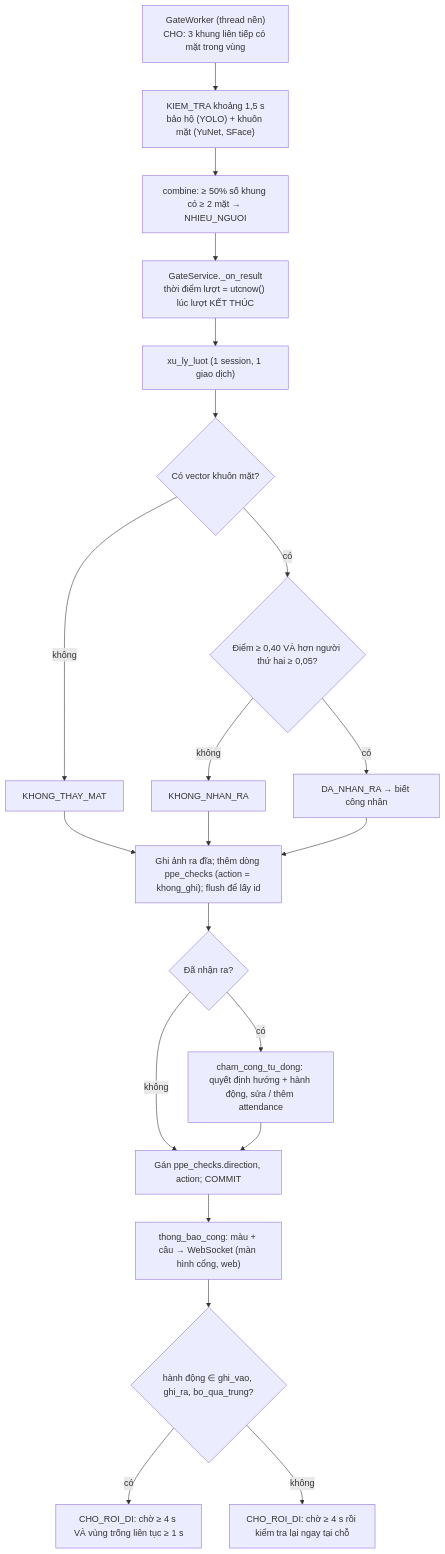
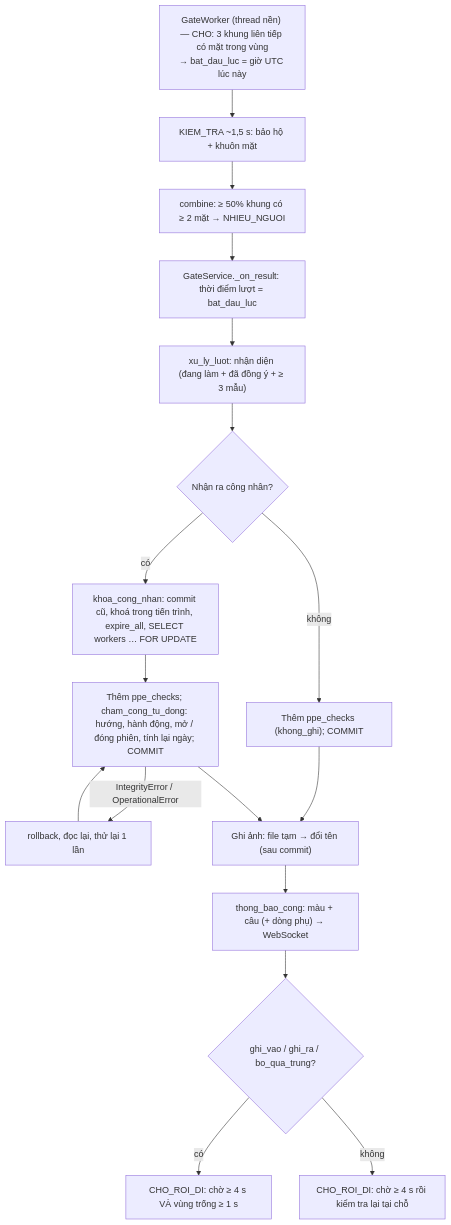
One commit to mihducho/SafeSite-AI changed the diagram in docs/LOGIC_CHAM_CONG.md. Above: the diagram before and after it, drawn with Mermaid. The commit also changed other lines of this file and 7 other files, not shown here.

First line of the commit message:
Cham cong v2: chep gio ca vao dong cong, Viec can xu ly bo ngay nghi viec, kich ban 34 + tai lieu theo code moi

````diff
--- a/docs/LOGIC_CHAM_CONG.md
+++ b/docs/LOGIC_CHAM_CONG.md
@@ -38,23 +58,19 @@
 ```mermaid
 flowchart TD
-  A["GateWorker (thread nền)<br/>CHO: 3 khung liên tiếp có mặt trong vùng"] --> B["KIEM_TRA khoảng 1,5 s<br/>bảo hộ (YOLO) + khuôn mặt (YuNet, SFace)"]
-  B --> C["combine: ≥ 50% số khung có ≥ 2 mặt → NHIEU_NGUOI"]
-  C --> D["GateService._on_result<br/>thời điểm lượt = utcnow() lúc lượt KẾT THÚC"]
-  D --> E["xu_ly_luot (1 session, 1 giao dịch)"]
-  E --> F{"Có vector khuôn mặt?"}
-  F -- không --> G["KHONG_THAY_MAT"]
-  F -- có --> H{"Điểm ≥ 0,40 VÀ hơn người thứ hai ≥ 0,05?"}
-  H -- không --> I["KHONG_NHAN_RA"]
-  H -- có --> J["DA_NHAN_RA → biết công nhân"]
-  G --> K["Ghi ảnh ra đĩa; thêm dòng ppe_checks (action = khong_ghi); flush để lấy id"]
+  A["GateWorker (thread nền) — CHO: 3 khung liên tiếp có mặt trong vùng<br/>→ bat_dau_luc = giờ UTC lúc này"] --> B["KIEM_TRA ~1,5 s: bảo hộ + khuôn mặt"]
+  B --> C["combine: ≥ 50% khung có ≥ 2 mặt → NHIEU_NGUOI"]
+  C --> D["GateService._on_result: thời điểm lượt = bat_dau_luc"]
+  D --> E["xu_ly_luot: nhận diện (đang làm + đã đồng ý + ≥ 3 mẫu)"]
+  E --> F{"Nhận ra công nhân?"}
+  F -- không --> G["Thêm ppe_checks (khong_ghi); COMMIT"]
+  F -- có --> H["khoa_cong_nhan: commit cũ, khoá trong tiến trình, expire_all, SELECT workers … FOR UPDATE"]
+  H --> I["Thêm ppe_checks; cham_cong_tu_dong: hướng, hành động, mở / đóng phiên, tính lại ngày; COMMIT"]
+  I -- "IntegrityError / OperationalError" --> J["rollback, đọc lại, thử lại 1 lần"]
+  J --> I
+  G --> K["Ghi ảnh: file tạm → đổi tên (sau commit)"]
   I --> K
-  J --> K
-  K --> L{"Đã nhận ra?"}
-  L -- có --> M["cham_cong_tu_dong: quyết định hướng + hành động, sửa / thêm attendance"]
-  L -- không --> N
-  M --> N["Gán ppe_checks.direction, action; COMMIT"]
-  N --> O["thong_bao_cong: màu + câu → WebSocket (màn hình cổng, web)"]
-  O --> P{"hành động ∈ ghi_vao, ghi_ra, bo_qua_trung?"}
-  P -- có --> Q["CHO_ROI_DI: chờ ≥ 4 s VÀ vùng trống liên tục ≥ 1 s"]
-  P -- không --> R["CHO_ROI_DI: chờ ≥ 4 s rồi kiểm tra lại ngay tại chỗ"]
+  K --> L["thong_bao_cong: màu + câu (+ dòng phụ) → WebSocket"]
+  L --> M{"ghi_vao / ghi_ra / bo_qua_trung?"}
+  M -- có --> N["CHO_ROI_DI: chờ ≥ 4 s VÀ vùng trống ≥ 1 s"]
+  M -- không --> O["CHO_ROI_DI: chờ ≥ 4 s rồi kiểm tra lại tại chỗ"]
 ```
````
